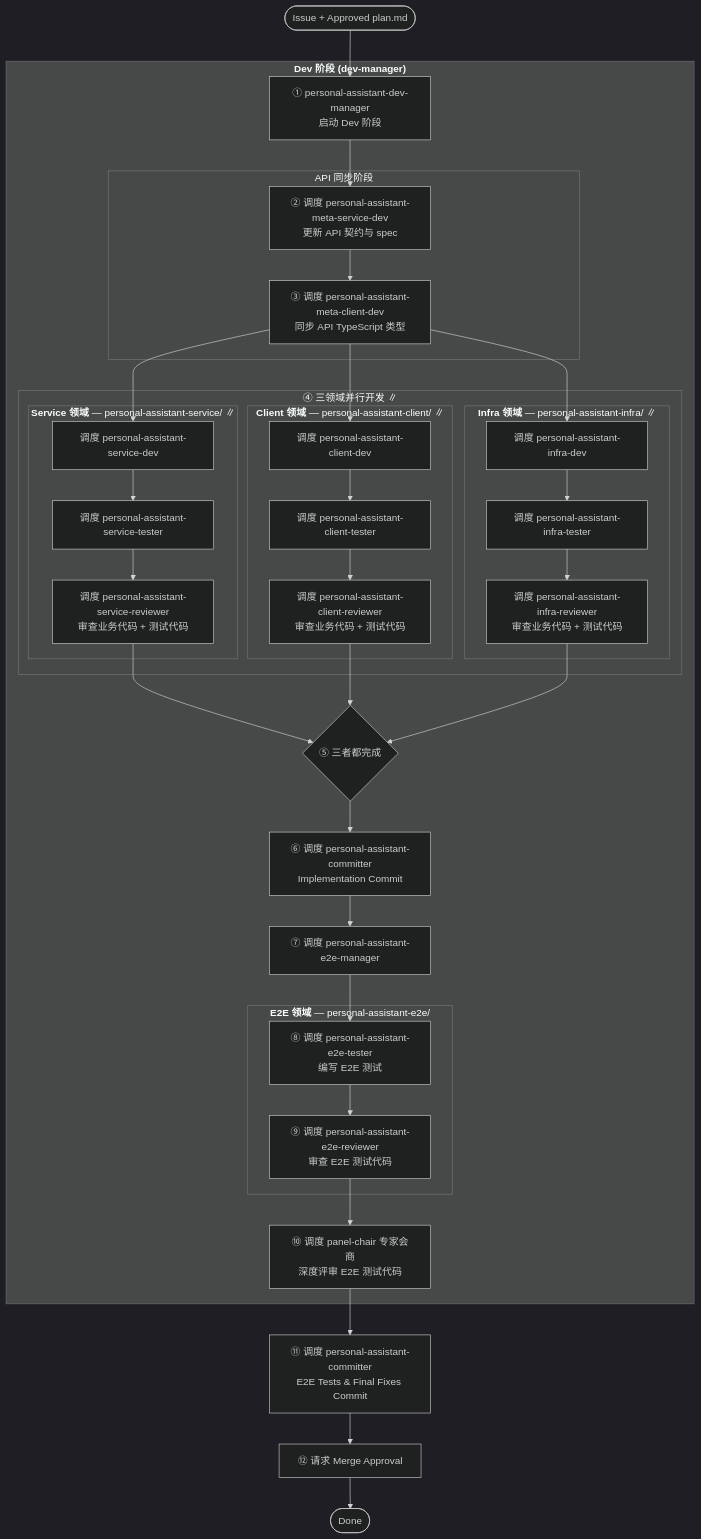
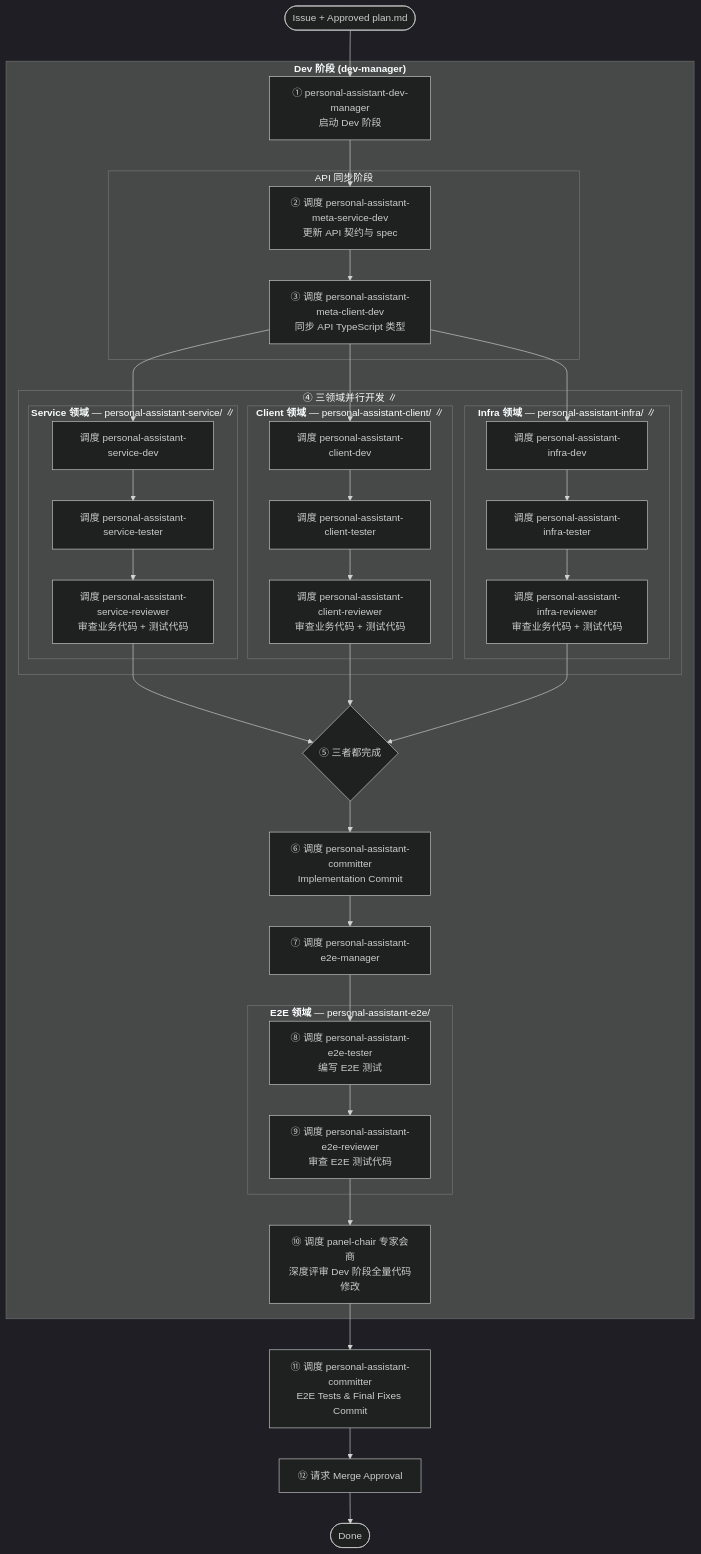
Before and after one commit to T-1009/personal-assistant: the third of 3 diagrams in personal-assistant-meta/architecture/devops/opencode-workflow.md, drawn with Mermaid (dark theme). The commit also changed other lines of this file and 1 other file, not shown here.

Commit message:
feat: expand panel-chair Dev Phase review to cover all domain code (Service, Client, Infra, E2E)
Previously, panel-chair reviewed only E2E test code after execution. Now it performs a deep multi‑model review of all Dev Phase code changes—Service implementation, Client implementation, Infra implementation, and E2E tests—to catch cross‑domain issues and enforce quality standards holistically before the final E2E commit.

````diff
--- a/personal-assistant-meta/architecture/devops/opencode-workflow.md
+++ b/personal-assistant-meta/architecture/devops/opencode-workflow.md
@@ -184,63 +184,63 @@
 ```mermaid
 flowchart TD
     START(["Issue + Approved plan.md"]) --> S5["① personal-assistant-dev-manager<br/>启动 Dev 阶段"]
 
     subgraph DEV_PHASE["<b>Dev 阶段 (dev-manager)</b>"]
         subgraph API_SYNC["API 同步阶段"]
             S6["② 调度 personal-assistant-meta-service-dev<br/>更新 API 契约与 spec"]
             S7["③ 调度 personal-assistant-meta-client-dev<br/>同步 API TypeScript 类型"]
             S6 --> S7
         end
 
         S5 --> S6
 
         subgraph PARALLEL_DEV["④ 三领域并行开发  ∥"]
             subgraph SVC_PHASE["<b>Service 领域</b> — personal-assistant-service/  ∥"]
                 S8A["调度 personal-assistant-service-dev"]
                 S9A["调度 personal-assistant-service-tester"]
                 S10A["调度 personal-assistant-service-reviewer<br/>审查业务代码 + 测试代码"]
                 S8A --> S9A --> S10A
             end
 
             subgraph CLIENT_PHASE["<b>Client 领域</b> — personal-assistant-client/  ∥"]
                 S8B["调度 personal-assistant-client-dev"]
                 S9B["调度 personal-assistant-client-tester"]
                 S10B["调度 personal-assistant-client-reviewer<br/>审查业务代码 + 测试代码"]
                 S8B --> S9B --> S10B
             end
 
             subgraph INFRA_PHASE["<b>Infra 领域</b> — personal-assistant-infra/  ∥"]
                 S8C["调度 personal-assistant-infra-dev"]
                 S9C["调度 personal-assistant-infra-tester"]
                 S10C["调度 personal-assistant-infra-reviewer<br/>审查业务代码 + 测试代码"]
                 S8C --> S9C --> S10C
             end
         end
 
         S7 --> S8A
         S7 --> S8B
         S7 --> S8C
 
         S10A --> JOIN{"⑤ 三者都完成"}
         S10B --> JOIN
         S10C --> JOIN
 
         JOIN --> S11["⑥ 调度 personal-assistant-committer<br/>Implementation Commit"]
 
         S11 --> S12["⑦ 调度 personal-assistant-e2e-manager"]
 
         subgraph E2E_PHASE["<b>E2E 领域</b> — personal-assistant-e2e/"]
             S12A["⑧ 调度 personal-assistant-e2e-tester<br/>编写 E2E 测试"]
             S12B["⑨ 调度 personal-assistant-e2e-reviewer<br/>审查 E2E 测试代码"]
             S12A --> S12B
         end
 
         S12 --> S12A
 
-        S12B --> S12C["⑩ 调度 panel-chair 专家会商<br/>深度评审 E2E 测试代码"]
+        S12B --> S12C["⑩ 调度 panel-chair 专家会商<br/>深度评审 Dev 阶段全量代码修改"]
     end
 
     S12C --> S13["⑪ 调度 personal-assistant-committer<br/>E2E Tests & Final Fixes Commit"]
     S13 --> S14_APPROVAL["⑫ 请求 Merge Approval"]
     S14_APPROVAL --> DONE(["Done"])
 ```
````
